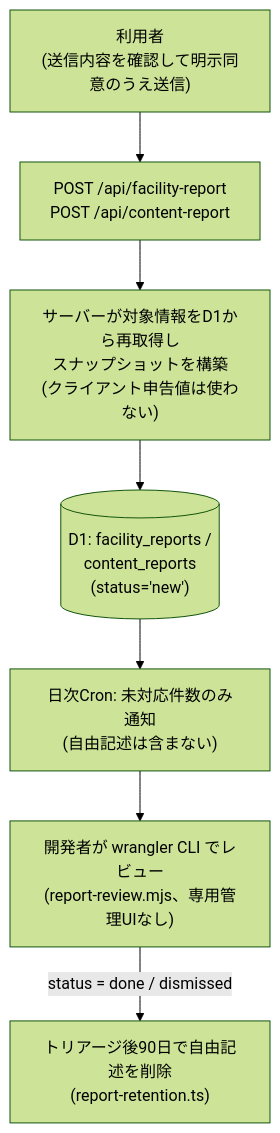
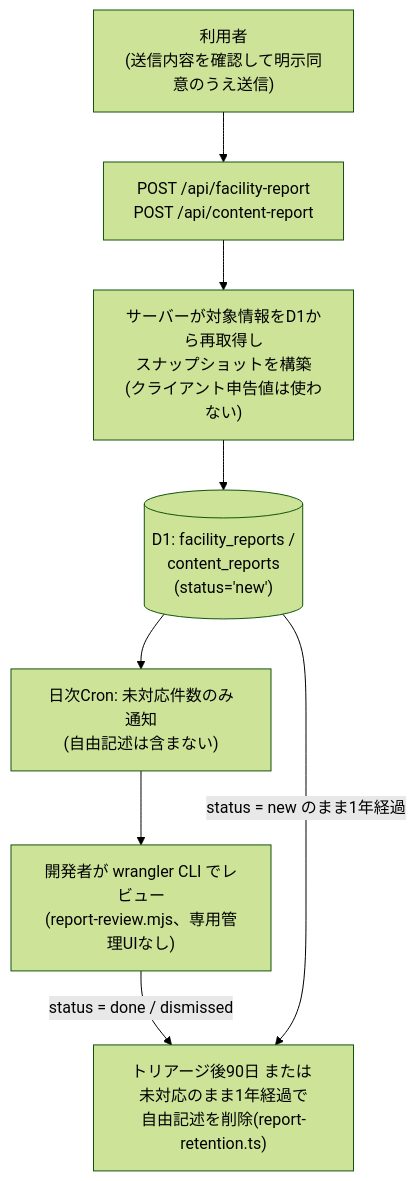
The diagram in docs/designs/data-governance.md (yunbow/trait-compass), drawn with Mermaid (forest theme) before and after one commit. The commit also changed other lines of this file and 6 other files, not shown here.

First line of the commit message:
fix(reports): cap unreviewed correction-report retention at 365 days

````diff
--- a/docs/designs/data-governance.md
+++ b/docs/designs/data-governance.md
@@ -76,14 +76,15 @@
 ```mermaid
 flowchart TB
   user["利用者<br/>(送信内容を確認して明示同意のうえ送信)"]
   api["POST /api/facility-report<br/>POST /api/content-report"]
   snapshot["サーバーが対象情報をD1から再取得し<br/>スナップショットを構築<br/>(クライアント申告値は使わない)"]
   d1[("D1: facility_reports /<br/>content_reports<br/>(status='new')")]
   digest["日次Cron: 未対応件数のみ通知<br/>(自由記述は含まない)"]
   review["開発者が wrangler CLI でレビュー<br/>(report-review.mjs、専用管理UIなし)"]
-  retention["トリアージ後90日で自由記述を削除<br/>(report-retention.ts)"]
+  retention["トリアージ後90日 または 未対応のまま1年経過で<br/>自由記述を削除(report-retention.ts)"]
 
   user --> api --> snapshot --> d1
   d1 --> digest --> review
   review -->|"status = done / dismissed"| retention
+  d1 -->|"status = new のまま1年経過"| retention
 ```
````
